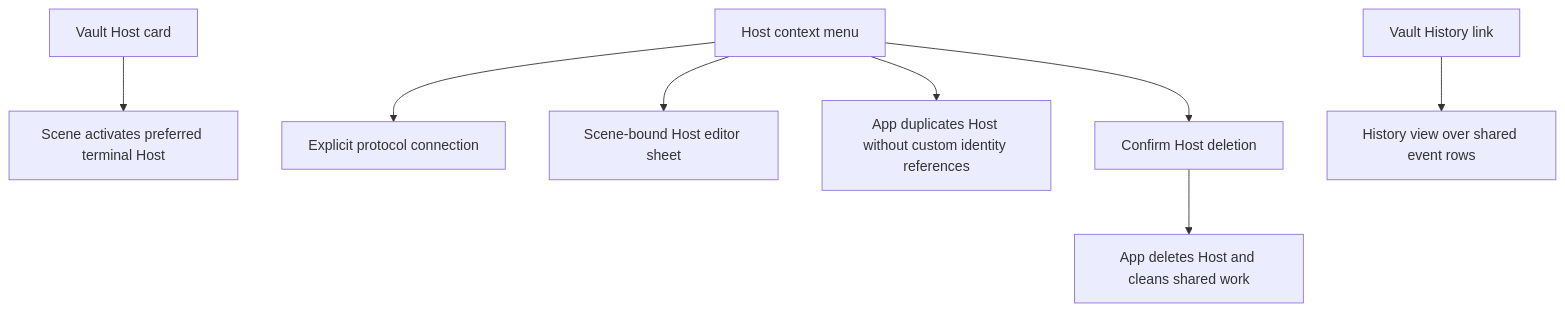
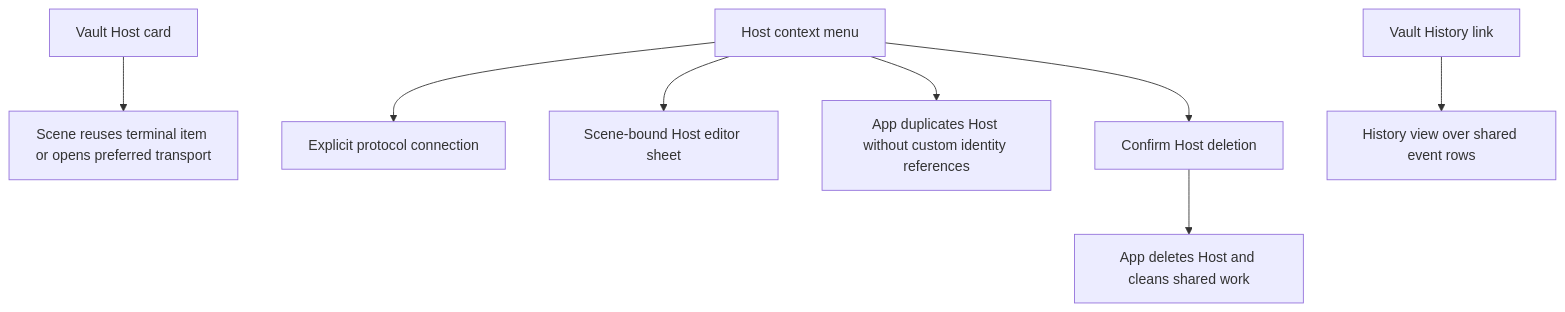
One commit to AkinoKaede/Termind changed the sixth of 11 diagrams in openwiki/architecture/mobile-ui.md. Above: the diagram before and after it, drawn with Mermaid. The commit also changed other lines of this file and 61 other files, not shown here.

````diff
--- a/openwiki/architecture/mobile-ui.md
+++ b/openwiki/architecture/mobile-ui.md
@@ -335,10 +361,10 @@
 ```mermaid
 flowchart TD
-    Tap["Vault Host card"] --> Activate["Scene activates preferred terminal Host"]
+    Tap["Vault Host card"] --> Activate["Scene reuses terminal item or opens preferred transport"]
     Menu["Host context menu"] --> Connect["Explicit protocol connection"]
     Menu --> Edit["Scene-bound Host editor sheet"]
     Menu --> Duplicate["App duplicates Host without custom identity references"]
     Menu --> Confirm["Confirm Host deletion"]
     Confirm --> Cleanup["App deletes Host and cleans shared work"]
     Link["Vault History link"] --> Events["History view over shared event rows"]
 ```
````
